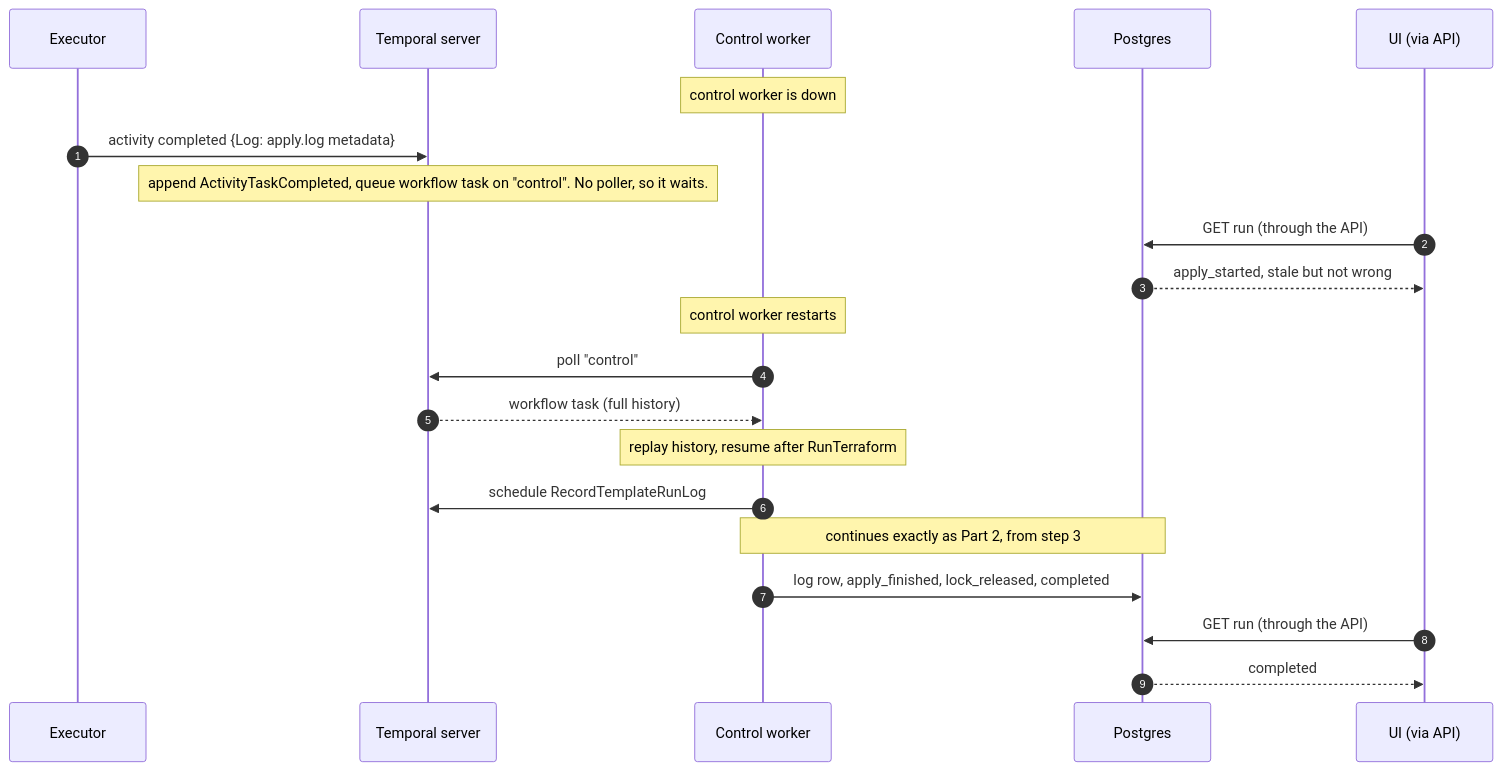
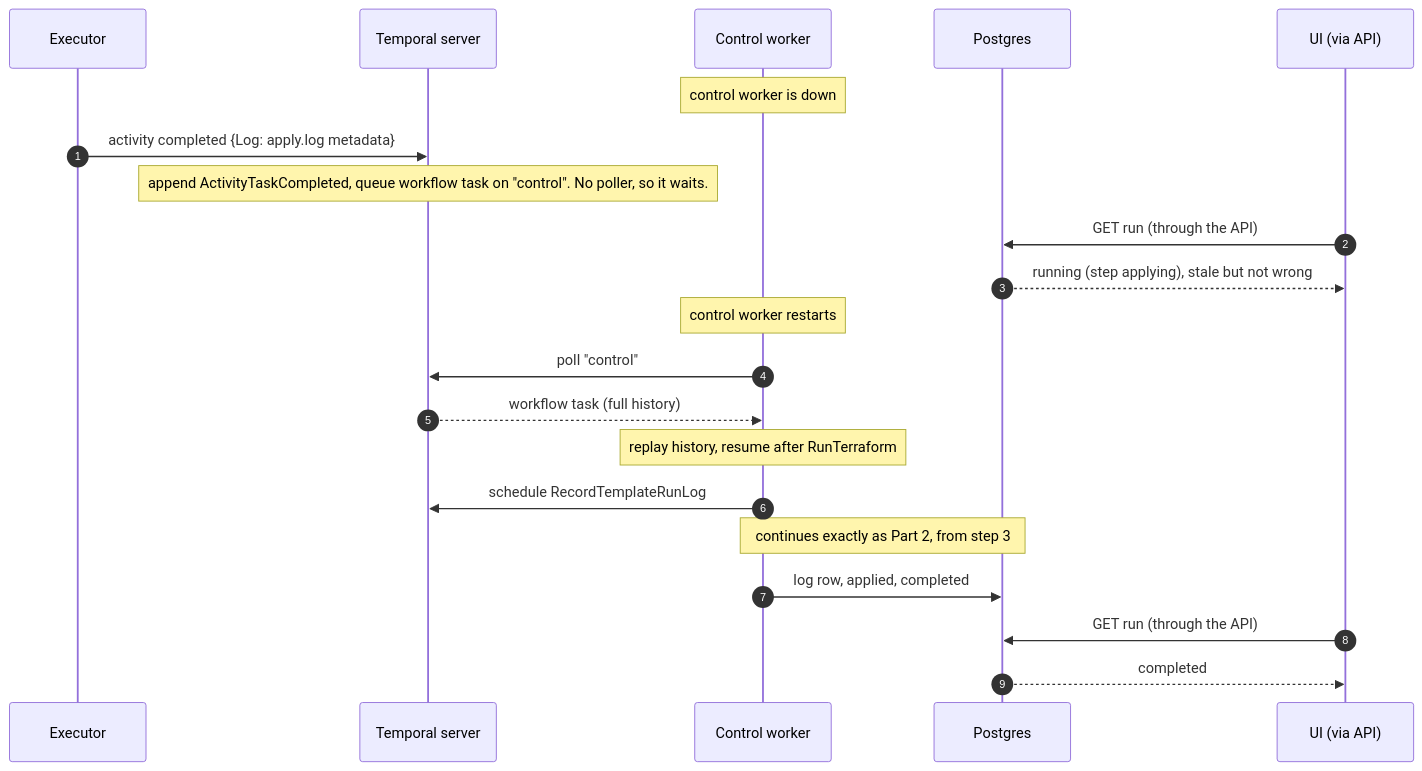
One commit to vishu42/tflive changed the fourth of 4 diagrams in docs/apply-run-sequence.md. Above: the diagram before and after it, drawn with Mermaid. The commit also changed other lines of this file and 11 other files, not shown here.

````diff
--- a/docs/apply-run-sequence.md
+++ b/docs/apply-run-sequence.md
@@ -221,27 +218,27 @@
 ```mermaid
 sequenceDiagram
     autonumber
     participant EX as Executor
     participant T as Temporal server
     participant CW as Control worker
     participant PG as Postgres
     participant UI as UI (via API)
 
     Note over CW: control worker is down
     EX->>T: activity completed {Log: apply.log metadata}
     Note over T: append ActivityTaskCompleted, queue workflow task on "control". No poller, so it waits.
 
     UI->>PG: GET run (through the API)
-    PG-->>UI: apply_started, stale but not wrong
+    PG-->>UI: running (step applying), stale but not wrong
 
     Note over CW: control worker restarts
     CW->>T: poll "control"
     T-->>CW: workflow task (full history)
     Note over CW: replay history, resume after RunTerraform
     CW->>T: schedule RecordTemplateRunLog
     Note over CW,PG: continues exactly as Part 2, from step 3
-    CW->>PG: log row, apply_finished, lock_released, completed
+    CW->>PG: log row, applied, completed
 
     UI->>PG: GET run (through the API)
     PG-->>UI: completed
 ```
````
